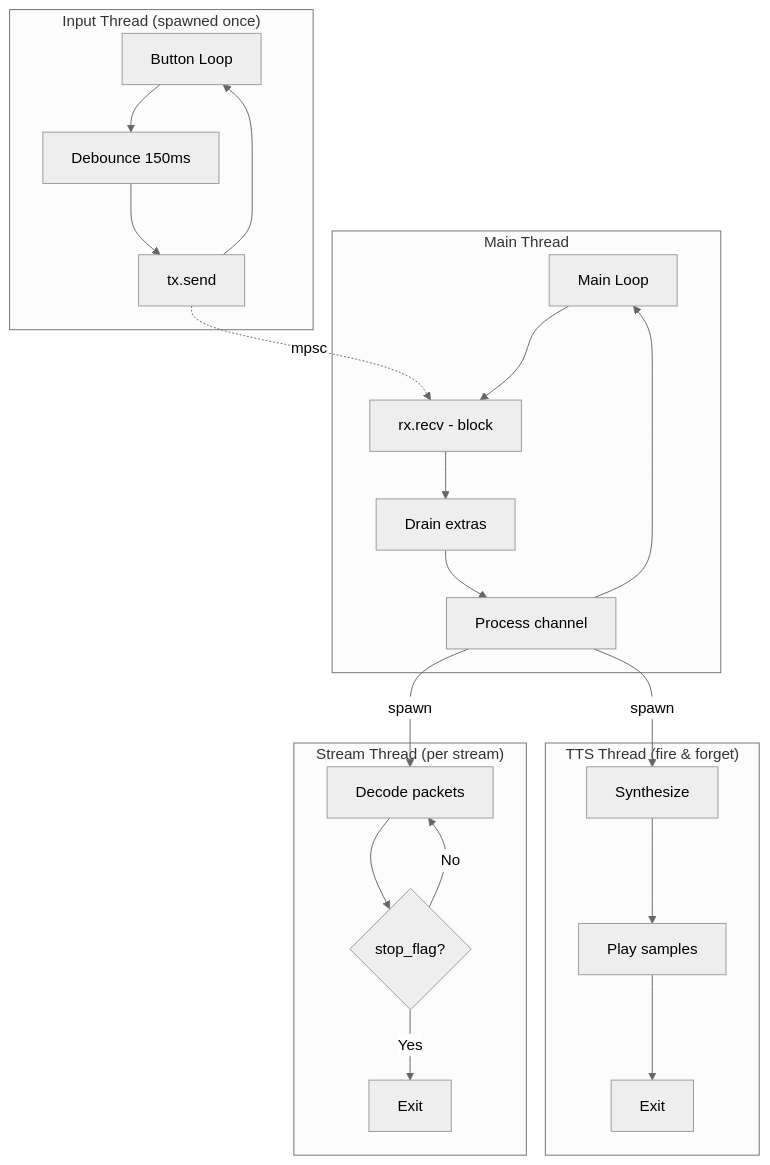
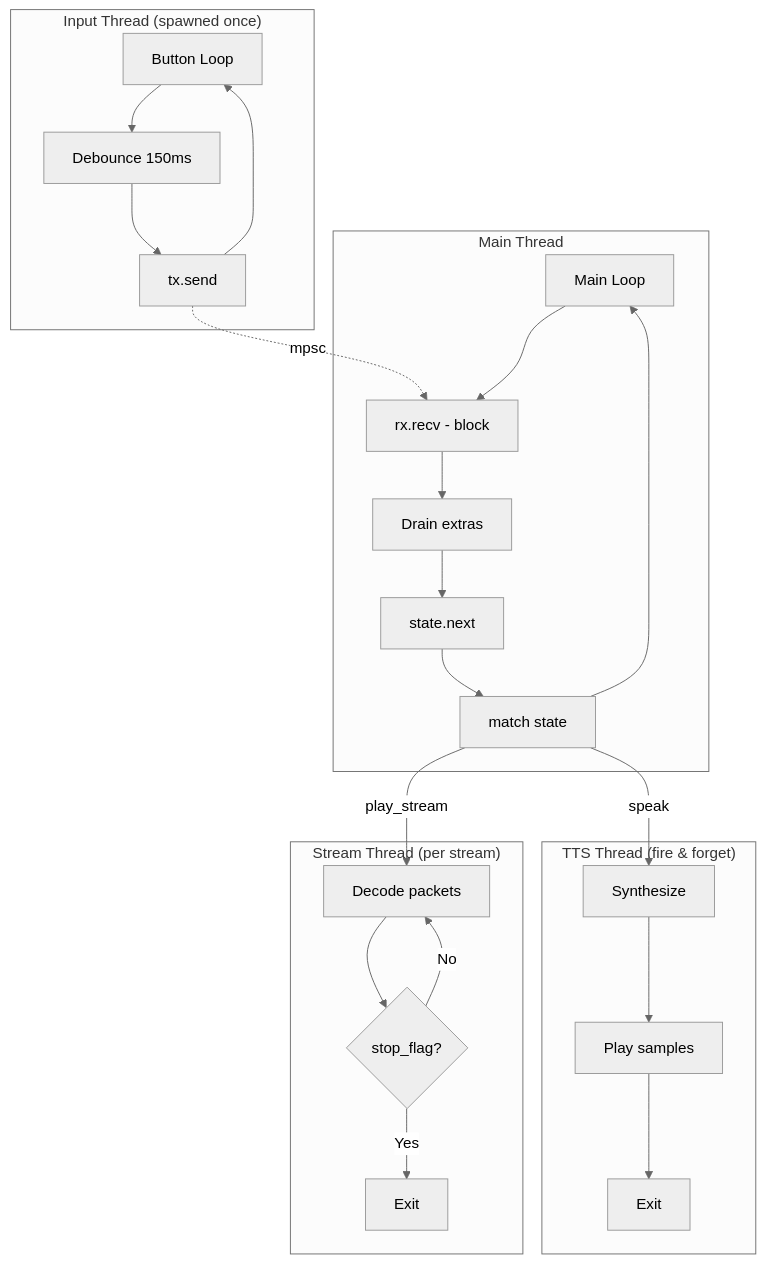
One commit to eralpkaraduman/lego-radio changed the fifth of 5 diagrams in docs/state-machine.md. Above: the diagram before and after it, drawn with Mermaid (neutral theme). The commit also changed other lines of this file, not shown here.

First line of the commit message:
Update state machine documentation to match implementation

````diff
--- a/docs/state-machine.md
+++ b/docs/state-machine.md
@@ -190,34 +269,35 @@
 ```mermaid
 flowchart TB
     subgraph "Main Thread"
         ML[Main Loop]
         ML --> WB[rx.recv - block]
         WB --> DR[Drain extras]
-        DR --> PC[Process channel]
+        DR --> ST[state.next]
+        ST --> PC[match state]
         PC --> ML
     end
 
     subgraph "Input Thread (spawned once)"
         BL[Button Loop]
         BL --> DP[Debounce 150ms]
         DP --> TX[tx.send]
         TX --> BL
     end
 
     subgraph "Stream Thread (per stream)"
-        ST[Decode packets]
-        ST --> CHK{stop_flag?}
-        CHK -->|No| ST
+        STR[Decode packets]
+        STR --> CHK{stop_flag?}
+        CHK -->|No| STR
         CHK -->|Yes| END[Exit]
     end
 
     subgraph "TTS Thread (fire & forget)"
         SYN[Synthesize]
         SYN --> PLY[Play samples]
         PLY --> DONE[Exit]
     end
 
     TX -.->|mpsc| WB
-    PC -->|spawn| ST
-    PC -->|spawn| SYN
+    PC -->|play_stream| STR
+    PC -->|speak| SYN
 ```
````
